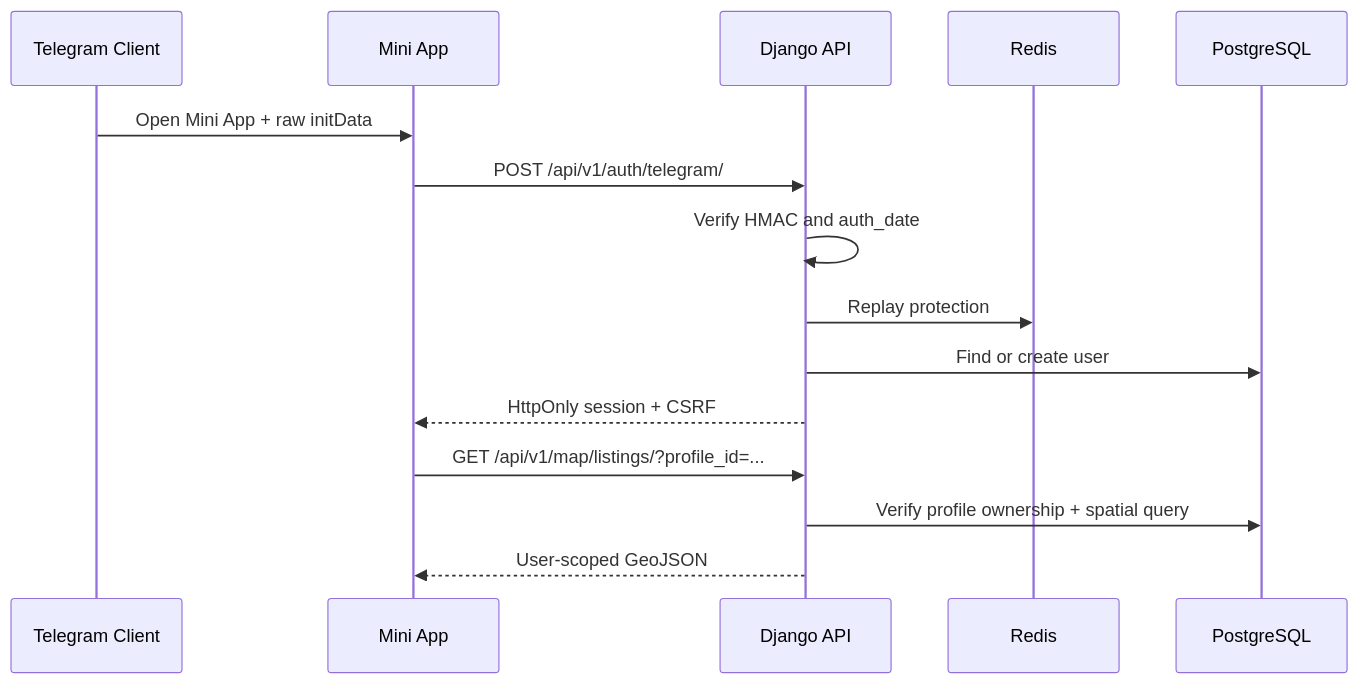
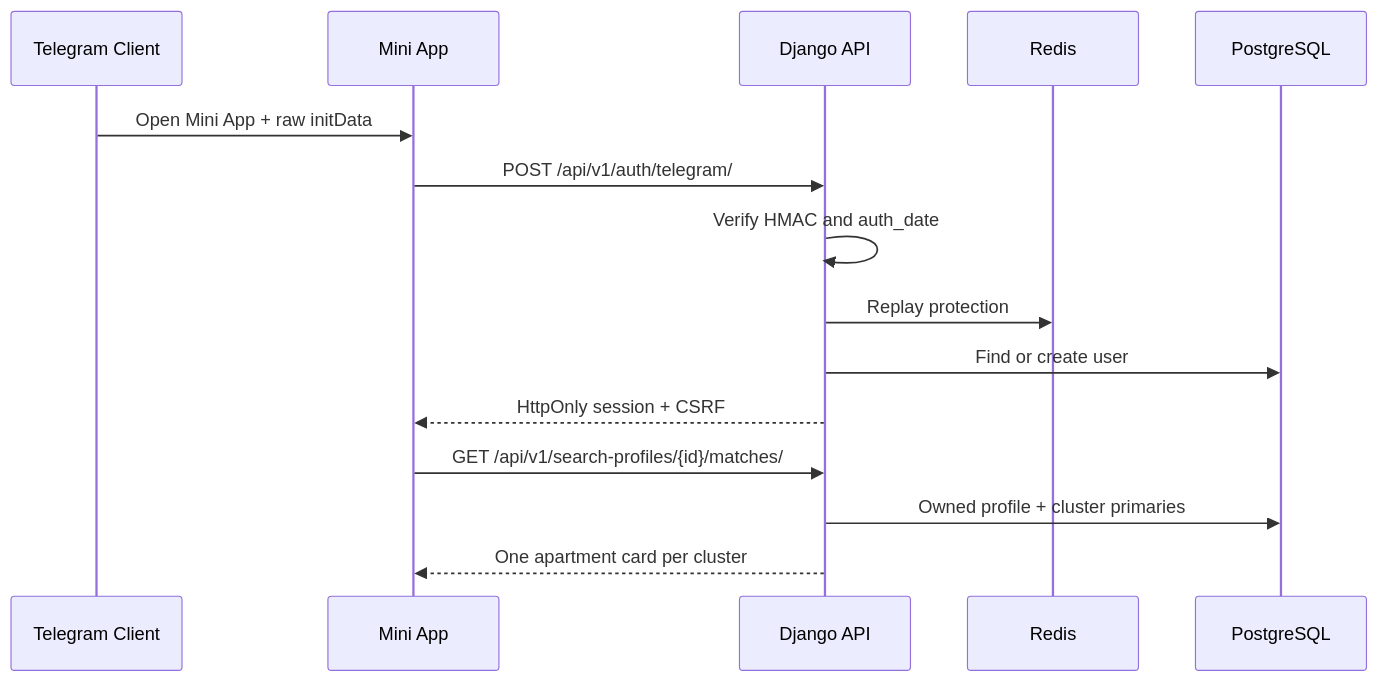
The fourth of 4 diagrams in docs/architecture.md (Ke1fosao/FlatHunter-AI), drawn with Mermaid before and after one commit. The commit also changed other lines of this file, not shown here.

Commit message:
docs: extend architecture for duplicate clustering

````diff
--- a/docs/architecture.md
+++ b/docs/architecture.md
@@ -113,18 +156,18 @@
 ```mermaid
 sequenceDiagram
     participant T as Telegram Client
     participant M as Mini App
     participant A as Django API
     participant R as Redis
     participant D as PostgreSQL
 
     T->>M: Open Mini App + raw initData
     M->>A: POST /api/v1/auth/telegram/
     A->>A: Verify HMAC and auth_date
     A->>R: Replay protection
     A->>D: Find or create user
     A-->>M: HttpOnly session + CSRF
-    M->>A: GET /api/v1/map/listings/?profile_id=...
-    A->>D: Verify profile ownership + spatial query
-    A-->>M: User-scoped GeoJSON
+    M->>A: GET /api/v1/search-profiles/{id}/matches/
+    A->>D: Owned profile + cluster primaries
+    A-->>M: One apartment card per cluster
 ```
````
